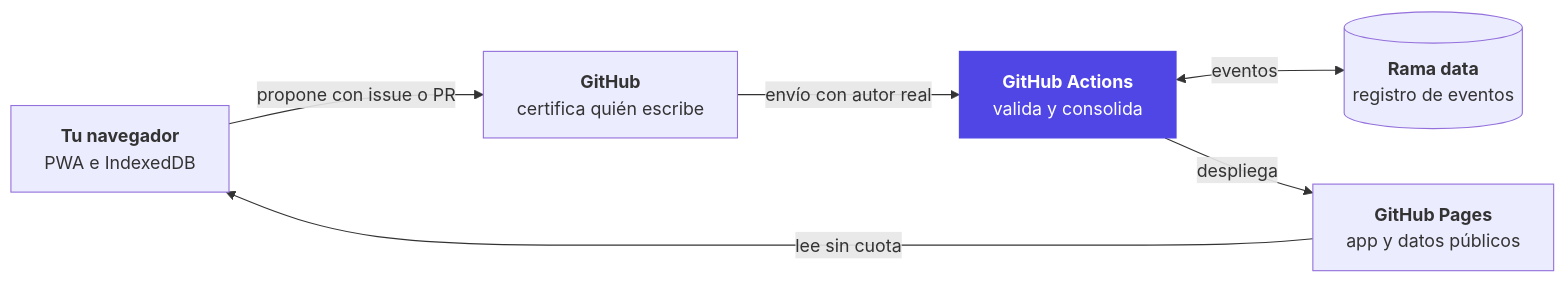
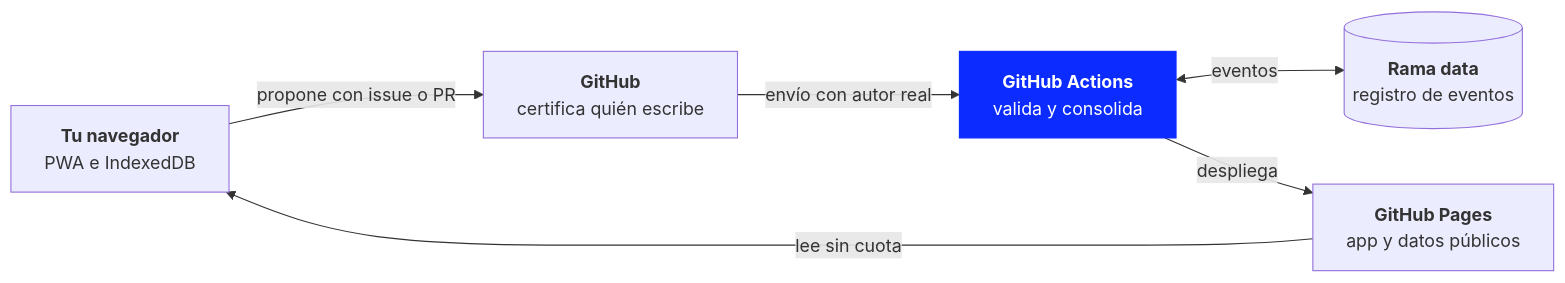
Before and after one commit to Tomasito25/QB-Bachillerato-Internacional: the diagram in README.md, drawn with Mermaid. The commit also changed other lines of this file and 83 other files, not shown here.

````diff
--- a/README.md
+++ b/README.md
@@ -170,17 +170,17 @@
 ```mermaid
 flowchart LR
     N["<b>Tu navegador</b><br/>PWA e IndexedDB"]
     G["<b>GitHub</b><br/>certifica quién escribe"]
     A["<b>GitHub Actions</b><br/>valida y consolida"]
     D[("<b>Rama data</b><br/>registro de eventos")]
     P["<b>GitHub Pages</b><br/>app y datos públicos"]
 
     N -- "propone con issue o PR" --> G
     G -- "envío con autor real" --> A
     A <-- "eventos" --> D
     A -- "despliega" --> P
     P -- "lee sin cuota" --> N
 
-    classDef accent fill:#4f46e5,stroke:#4f46e5,color:#fff
+    classDef accent fill:#0b2bff,stroke:#0b2bff,color:#fff
     class A accent
 ```
````
